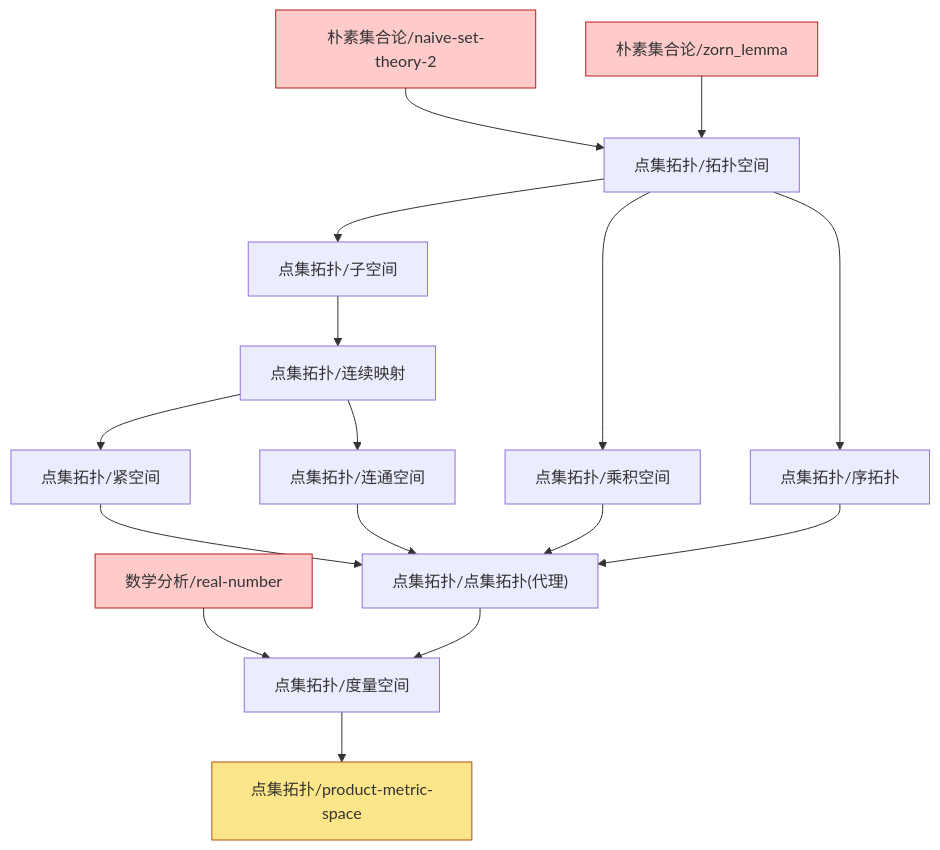
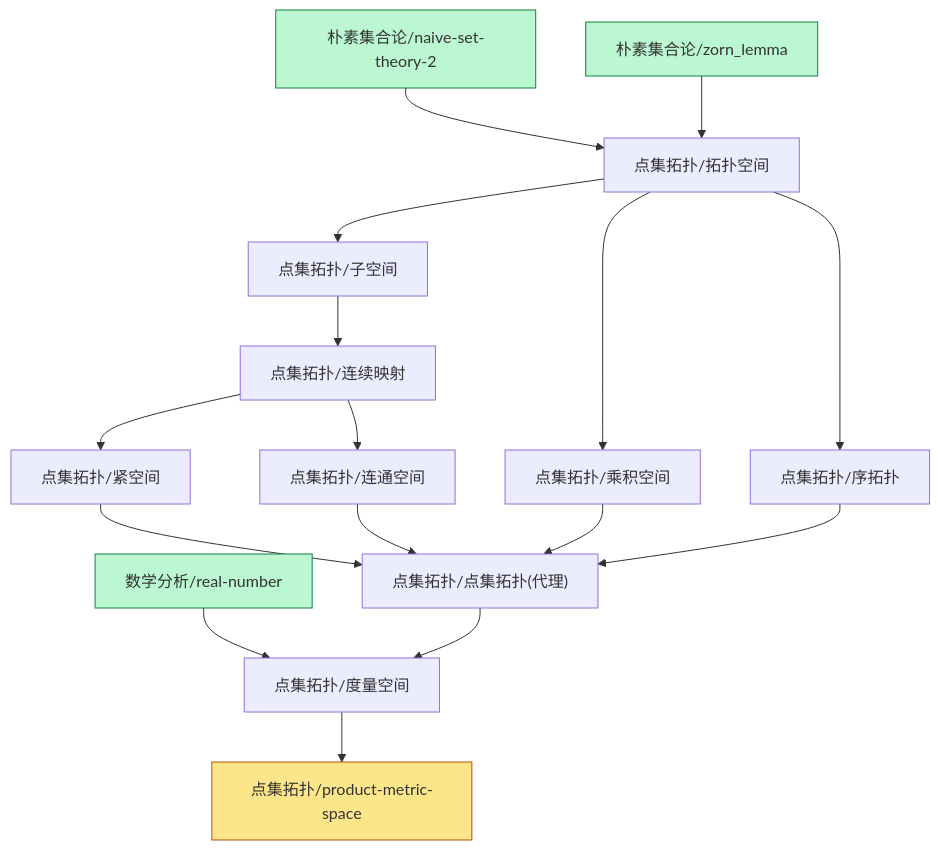
One commit to zeroDtree/zeroDtree.github.io changed the diagram in content/点集拓扑/dependency_graph.md. Above: the diagram before and after it, drawn with Mermaid. The commit also changed 22 other files, not shown here.

````diff
--- a/content/点集拓扑/dependency_graph.md
+++ b/content/点集拓扑/dependency_graph.md
@@ -1,24 +1,22 @@
 ```mermaid
 graph TD
 1["朴素集合论/naive-set-theory-2"] --> 0["点集拓扑/拓扑空间"]
 2["朴素集合论/zorn_lemma"] --> 0["点集拓扑/拓扑空间"]
 4["点集拓扑/子空间"] --> 3["点集拓扑/连续映射"]
 0["点集拓扑/拓扑空间"] --> 4["点集拓扑/子空间"]
-7["数学分析/real-number"] --> 6["点集拓扑/度量空间"]
-8["点集拓扑/点集拓扑(代理)"] --> 6["点集拓扑/度量空间"]
-3["点集拓扑/连续映射"] --> 9["点集拓扑/紧空间"]
-6["点集拓扑/度量空间"] --> 10["点集拓扑/product-metric-space"]
-9["点集拓扑/紧空间"] --> 8["点集拓扑/点集拓扑(代理)"]
-11["点集拓扑/连通空间"] --> 8["点集拓扑/点集拓扑(代理)"]
-12["点集拓扑/乘积空间"] --> 8["点集拓扑/点集拓扑(代理)"]
-13["点集拓扑/序拓扑"] --> 8["点集拓扑/点集拓扑(代理)"]
-3["点集拓扑/连续映射"] --> 11["点集拓扑/连通空间"]
-0["点集拓扑/拓扑空间"] --> 12["点集拓扑/乘积空间"]
-0["点集拓扑/拓扑空间"] --> 13["点集拓扑/序拓扑"]
+6["数学分析/real-number"] --> 5["点集拓扑/度量空间"]
+7["点集拓扑/点集拓扑(代理)"] --> 5["点集拓扑/度量空间"]
+3["点集拓扑/连续映射"] --> 8["点集拓扑/紧空间"]
+5["点集拓扑/度量空间"] --> 9["点集拓扑/product-metric-space"]
+8["点集拓扑/紧空间"] --> 7["点集拓扑/点集拓扑(代理)"]
+10["点集拓扑/连通空间"] --> 7["点集拓扑/点集拓扑(代理)"]
+11["点集拓扑/乘积空间"] --> 7["点集拓扑/点集拓扑(代理)"]
+12["点集拓扑/序拓扑"] --> 7["点集拓扑/点集拓扑(代理)"]
+3["点集拓扑/连续映射"] --> 10["点集拓扑/连通空间"]
+0["点集拓扑/拓扑空间"] --> 11["点集拓扑/乘积空间"]
+0["点集拓扑/拓扑空间"] --> 12["点集拓扑/序拓扑"]
 classDef leaf fill:#fde68a,stroke:#b45309
-class 10 leaf
-classDef root fill:#bfdbfe,stroke:#1d4ed8
-class 5 root
-classDef externalRoot fill:#fecaca,stroke:#b91c1c
-class 1,2,7 externalRoot
+class 9 leaf
+classDef foundationRoot fill:#bbf7d0,stroke:#15803d
+class 1,2,6 foundationRoot
 ```
````
